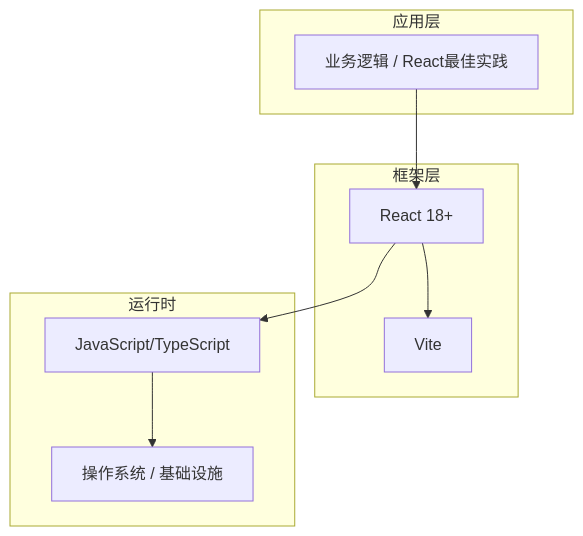
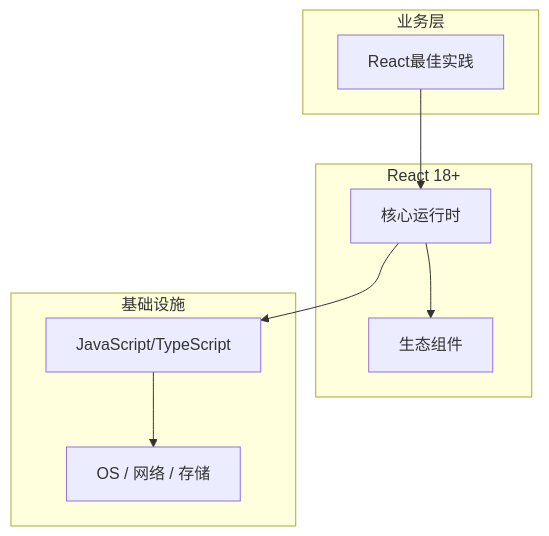
Before and after one commit to yanggan2015/knowledge-json-v2: the diagram in articles/React/chapters/190-React最佳实践核心概念与原理.md, drawn with Mermaid. The commit also changed other lines of this file and 10127 other files, not shown here.

````diff
--- a/articles/React/chapters/190-React最佳实践核心概念与原理.md
+++ b/articles/React/chapters/190-React最佳实践核心概念与原理.md
@@ -45,18 +34,18 @@
 ```mermaid
 graph TB
-    subgraph 应用层
-        A[业务逻辑 / React最佳实践]
+    subgraph 业务层
+        A[React最佳实践]
     end
-    subgraph 框架层
-        B[React 18+]
-        C[Vite]
+    subgraph React 18+
+        B[核心运行时]
+        C[生态组件]
     end
-    subgraph 运行时
+    subgraph 基础设施
         D[JavaScript/TypeScript]
-        E[操作系统 / 基础设施]
+        E[OS / 网络 / 存储]
     end
     A --> B
     B --> C
     B --> D
     D --> E
 ```
````
